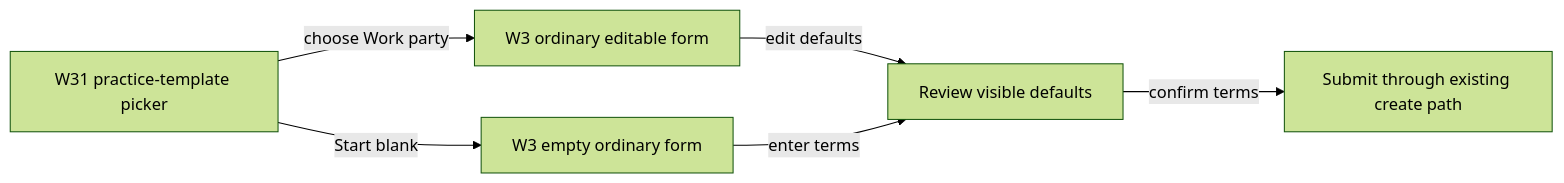
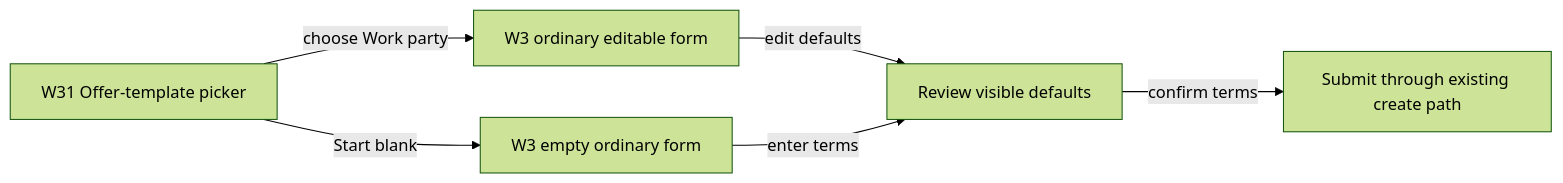
Diagram 16 of 17 in .plans/active/commitment-pooling/prototypes.md (greenpill-dev-guild/green-goods), drawn with Mermaid (forest theme) before and after one commit. The commit also changed other lines of this file and 47 other files, not shown here.

Commit message:
feat(shared,client): add commitment credit companion flow

````diff
--- a/.plans/active/commitment-pooling/prototypes.md
+++ b/.plans/active/commitment-pooling/prototypes.md
@@ -962,8 +964,8 @@
 ```mermaid
 flowchart LR
-  A["W31 practice-template picker"] -->|"choose Work party"| B["W3 ordinary editable form"]
+  A["W31 Offer-template picker"] -->|"choose Work party"| B["W3 ordinary editable form"]
   A -->|"Start blank"| C["W3 empty ordinary form"]
   B -->|"edit defaults"| D["Review visible defaults"]
   C -->|"enter terms"| D
   D -->|"confirm terms"| E["Submit through existing create path"]
 ```
````
